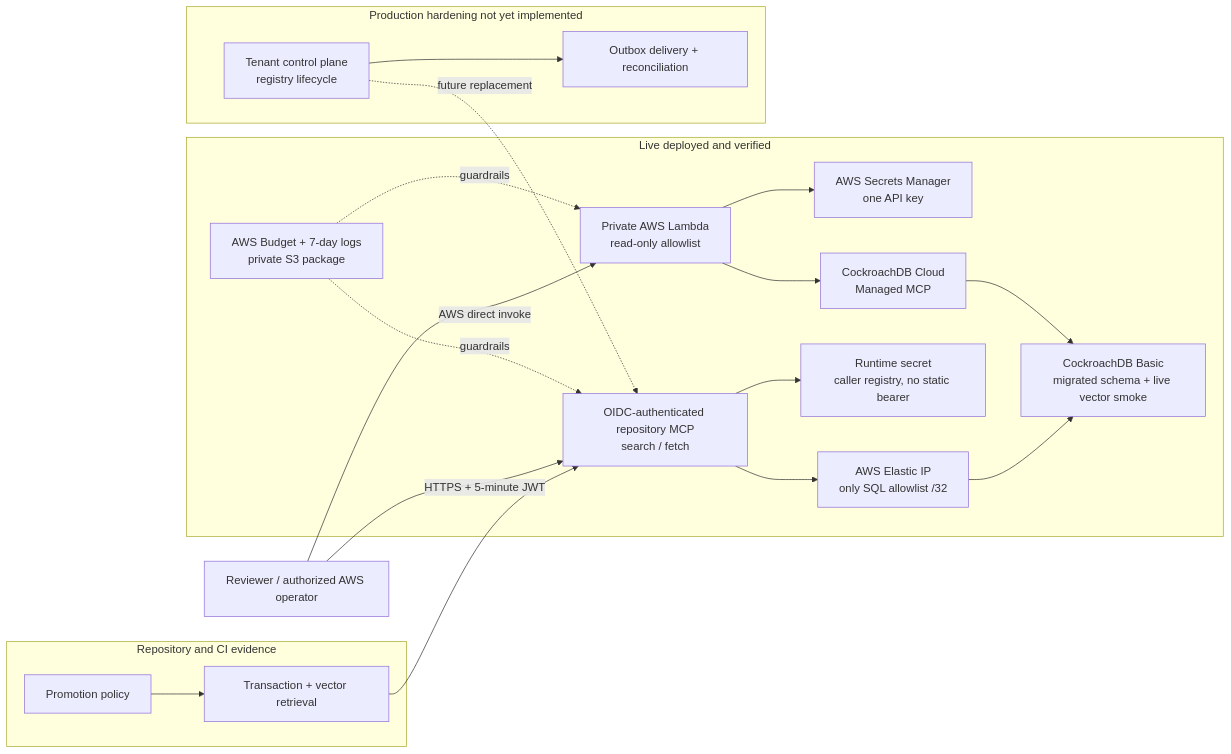
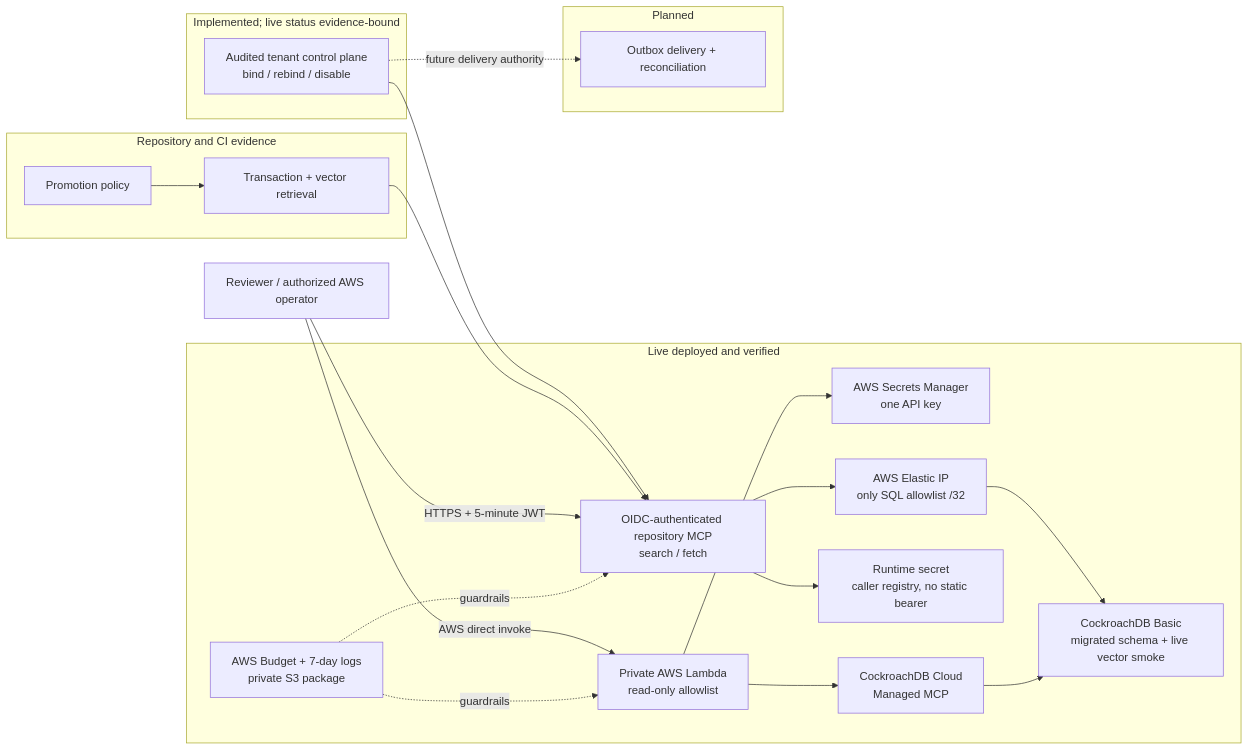
Before and after one commit to YongHwan2161/continuum-memory-firewall: the diagram in docs/ARCHITECTURE.md, drawn with Mermaid. The commit also changed other lines of this file and 18 other files, not shown here.

Commit message:
feat: add audited tenant control plane

````diff
--- a/docs/ARCHITECTURE.md
+++ b/docs/ARCHITECTURE.md
@@ -101,39 +105,42 @@
 ```mermaid
 flowchart LR
   reviewer["Reviewer / authorized AWS operator"]
 
   subgraph live["Live deployed and verified"]
     lambda["Private AWS Lambda<br/>read-only allowlist"]
     secret["AWS Secrets Manager<br/>one API key"]
     managed["CockroachDB Cloud<br/>Managed MCP"]
     basic["CockroachDB Basic<br/>migrated schema + live vector smoke"]
     repoMcp["OIDC-authenticated repository MCP<br/>search / fetch"]
     runtimeSecret["Runtime secret<br/>caller registry, no static bearer"]
     eip["AWS Elastic IP<br/>only SQL allowlist /32"]
     budget["AWS Budget + 7-day logs<br/>private S3 package"]
     lambda --> secret
     lambda --> managed
     managed --> basic
     repoMcp --> runtimeSecret
     repoMcp --> eip --> basic
     budget -. guardrails .-> lambda
     budget -. guardrails .-> repoMcp
   end
 
   subgraph local["Repository and CI evidence"]
     policy["Promotion policy"]
     store["Transaction + vector retrieval"]
     policy --> store
   end
 
-  subgraph planned["Production hardening not yet implemented"]
-    auth["Tenant control plane<br/>registry lifecycle"]
+  subgraph implemented["Implemented; live status evidence-bound"]
+    auth["Audited tenant control plane<br/>bind / rebind / disable"]
+  end
+
+  subgraph planned["Planned"]
     outbox["Outbox delivery + reconciliation"]
-    auth --> outbox
   end
 
   reviewer -->|"AWS direct invoke"| lambda
   reviewer -->|"HTTPS + 5-minute JWT"| repoMcp
   store --> repoMcp
-  auth -. "future replacement" .-> repoMcp
+  auth --> repoMcp
+  auth -. "future delivery authority" .-> outbox
 ```
````
